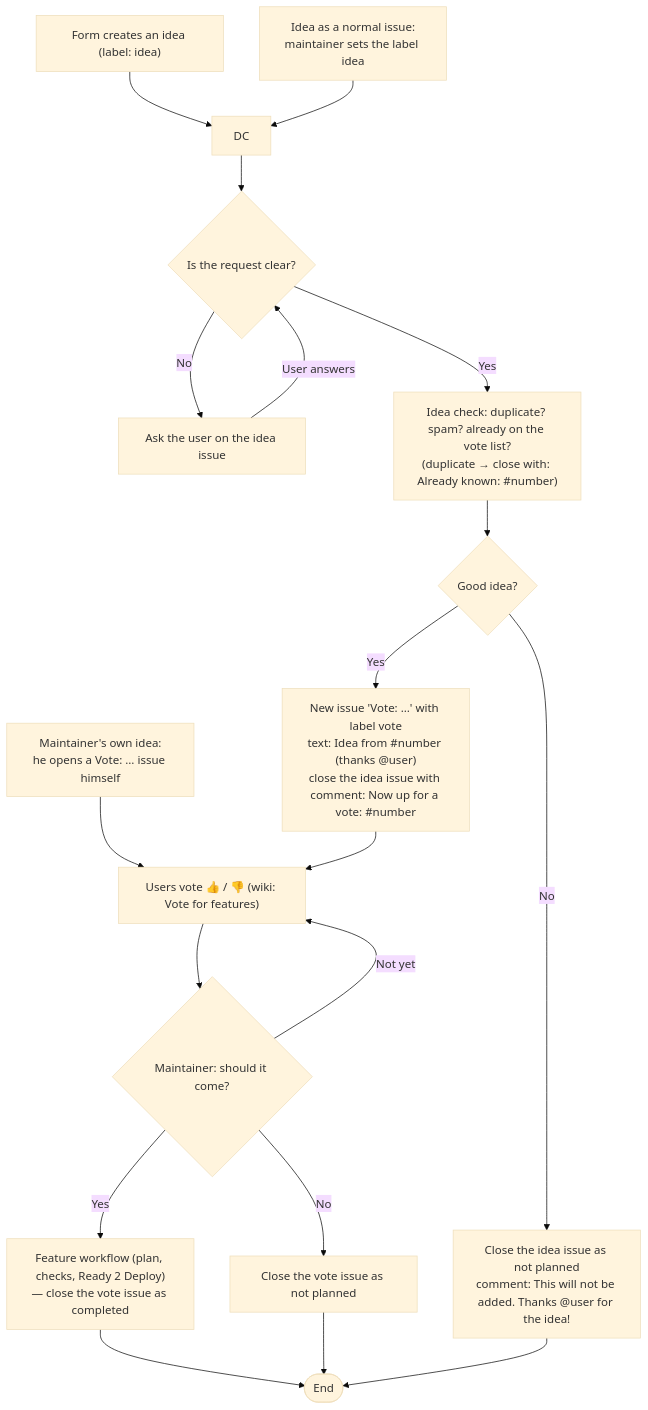
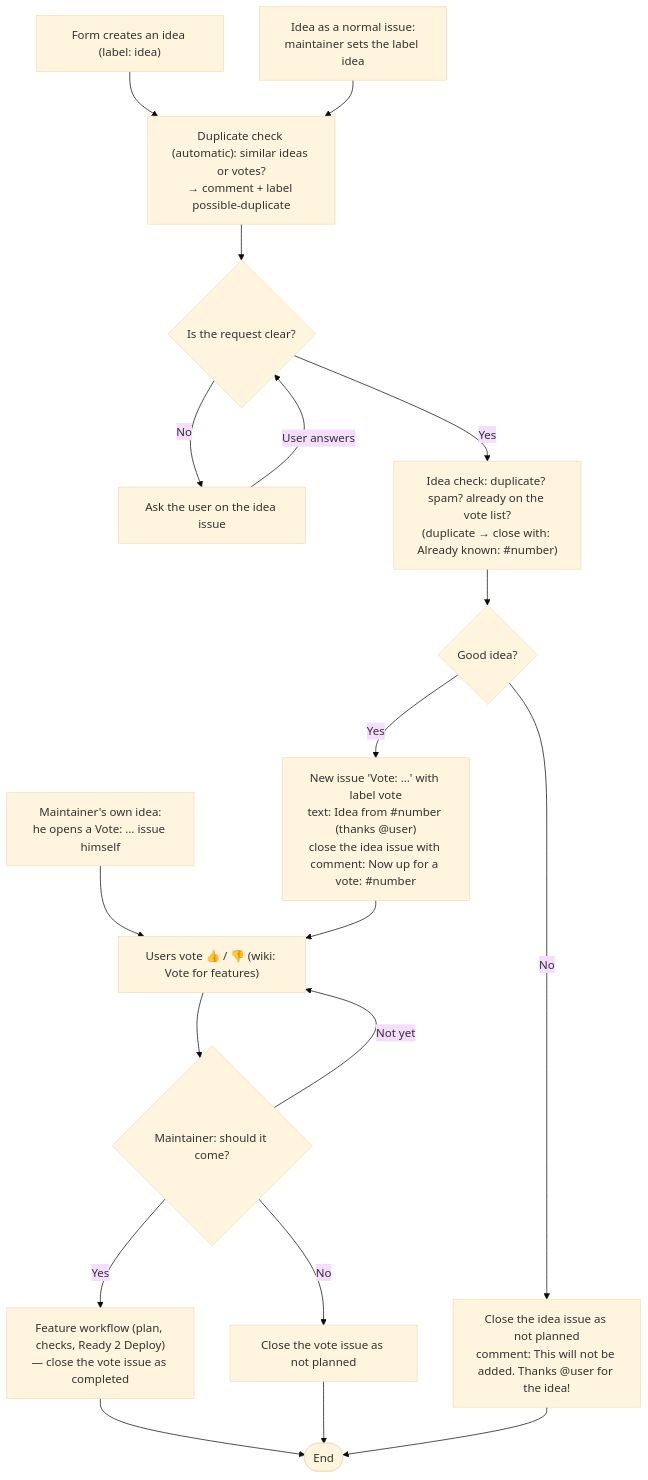
Before and after one commit to GFGMNET/Workspace: the diagram in docs/IDEAS-WORKFLOW.md, drawn with Mermaid (base theme). The commit also changed 1 other file, not shown here.

Commit message:
Fix flowcharts: urgent fix (a decision box had lost its text) and ideas (duplicate check box)
Claude-Session: https://claude.ai/code/session_01YTmHS5QesE4imbb73iBYzB

````diff
--- a/docs/IDEAS-WORKFLOW.md
+++ b/docs/IDEAS-WORKFLOW.md
@@ -5,21 +5,21 @@
 ```mermaid
 flowchart TD
-   A["Form creates an idea (label: idea)"] --> DC
+   A["Form creates an idea (label: idea)"] --> DC["Duplicate check (automatic): similar ideas or votes?<br/>→ comment + label possible-duplicate"]
    A2["Idea as a normal issue:<br/>maintainer sets the label idea"] --> DC
    O["Maintainer's own idea:<br/>he opens a Vote: … issue himself"] --> V["Duplicate check (automatic): similar ideas or votes?<br/>→ comment + label possible-duplicate"]
    DC --> B{"Is the request clear?"}
    B -->|No| D["Ask the user on the idea issue"]
    D -->|User answers| B
    B -->|Yes| C["Idea check: duplicate? spam? already on the vote list?<br/>(duplicate → close with: Already known: #number)"]
    C --> E{"Good idea?"}
    E -->|Yes| F["New issue 'Vote: …' with label vote<br/>text: Idea from #number (thanks @user)<br/>close the idea issue with comment: Now up for a vote: #number"]
    E -->|No| G["Close the idea issue as not planned<br/>comment: This will not be added. Thanks @user for the idea!"]
    F --> V["Users vote 👍 / 👎 (wiki: Vote for features)"]
    V --> W{"Maintainer: should it come?"}
    W -->|Yes| X["Feature workflow (plan, checks, Ready 2 Deploy)<br/>— close the vote issue as completed"]
    W -->|No| Y["Close the vote issue as not planned"]
    W -->|Not yet| V
    X --> H([End])
    Y --> H
    G --> H
 ```
````
